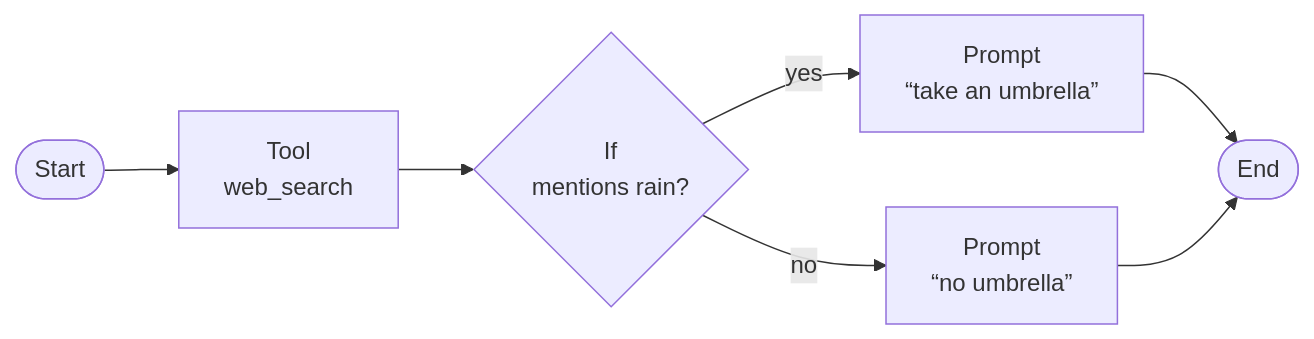
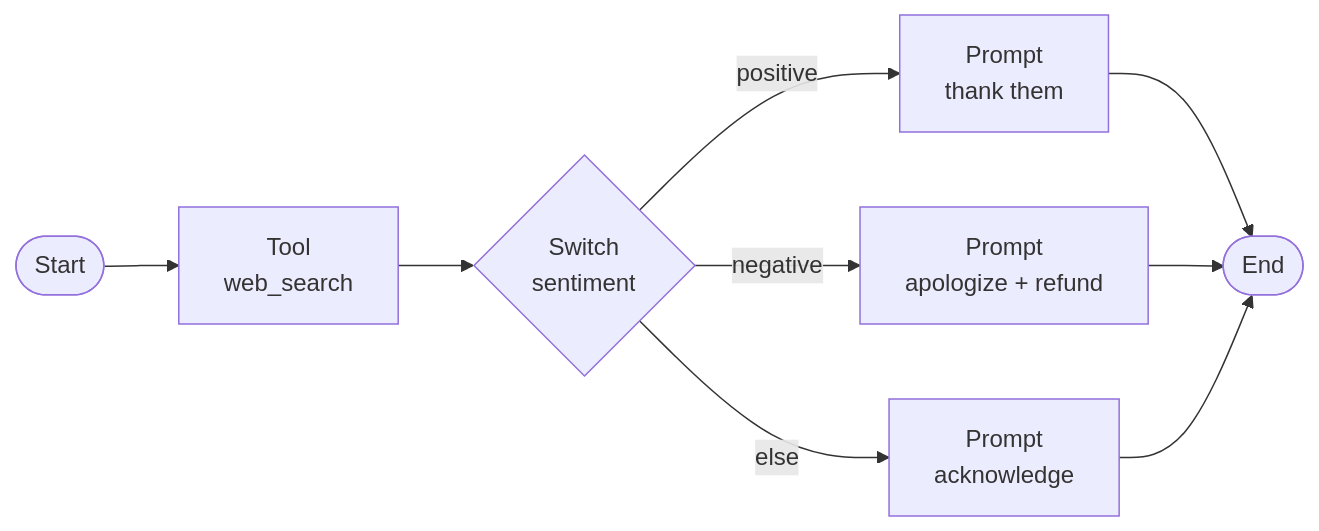
Before and after one commit to Adhishtanaka/adhd: the fourth of 4 diagrams in README.md, drawn with Mermaid. The commit also changed other lines of this file, not shown here.

````diff
--- a/README.md
+++ b/README.md
@@ -95,9 +135,11 @@
 ```mermaid
 flowchart LR
   s(["Start"]) --> t["Tool<br/>web_search"]
-  t --> q{"If<br/>mentions rain?"}
-  q -- yes --> y["Prompt<br/>“take an umbrella”"]
-  q -- no --> n["Prompt<br/>“no umbrella”"]
-  y --> e(["End"])
+  t --> sw{"Switch<br/>sentiment"}
+  sw -- positive --> p["Prompt<br/>thank them"]
+  sw -- negative --> n["Prompt<br/>apologize + refund"]
+  sw -- else --> o["Prompt<br/>acknowledge"]
+  p --> e(["End"])
   n --> e
+  o --> e
 ```
````
